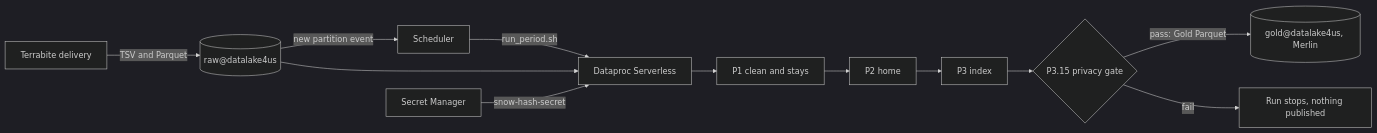
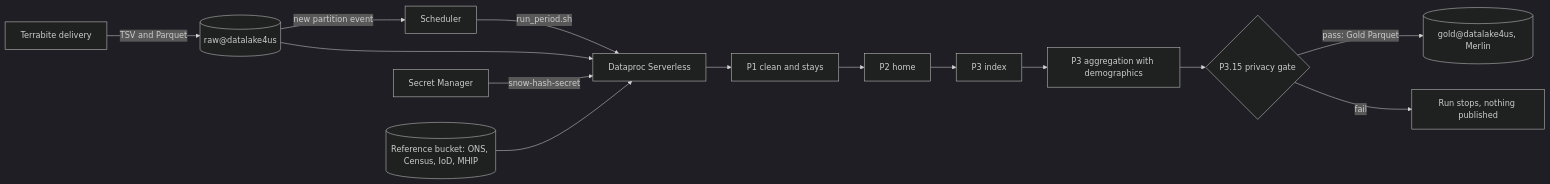
One commit to N0TSU5/4space-sysdiagram changed the first of 2 diagrams in content/snow/orion/orion.md. Above: the diagram before and after it, drawn with Mermaid (dark theme). The commit also changed other lines of this file and 9 other files, not shown here.

````diff
--- a/content/snow/orion/orion.md
+++ b/content/snow/orion/orion.md
@@ -7,11 +7,12 @@
 ```mermaid
 flowchart LR
   T["Terrabite delivery"] -->|"TSV and Parquet"| RAW[("raw@datalake4us")]
   RAW -->|"new partition event"| SCH["Scheduler"]
   SCH -->|"run_period.sh"| DP["Dataproc Serverless"]
   RAW --> DP
   SM["Secret Manager"] -->|"snow-hash-secret"| DP
-  DP --> P1["P1 clean and stays"] --> P2["P2 home"] --> P3["P3 index"] --> PG{"P3.15 privacy gate"}
+  REF[("Reference bucket: ONS, Census, IoD, MHIP")] --> DP
+  DP --> P1["P1 clean and stays"] --> P2["P2 home"] --> P3["P3 index"] --> PA["P3 aggregation with demographics"] --> PG{"P3.15 privacy gate"}
   PG -->|"pass: Gold Parquet"| G[("gold@datalake4us, Merlin")]
   PG -->|"fail"| STOP["Run stops, nothing published"]
 ```
````
